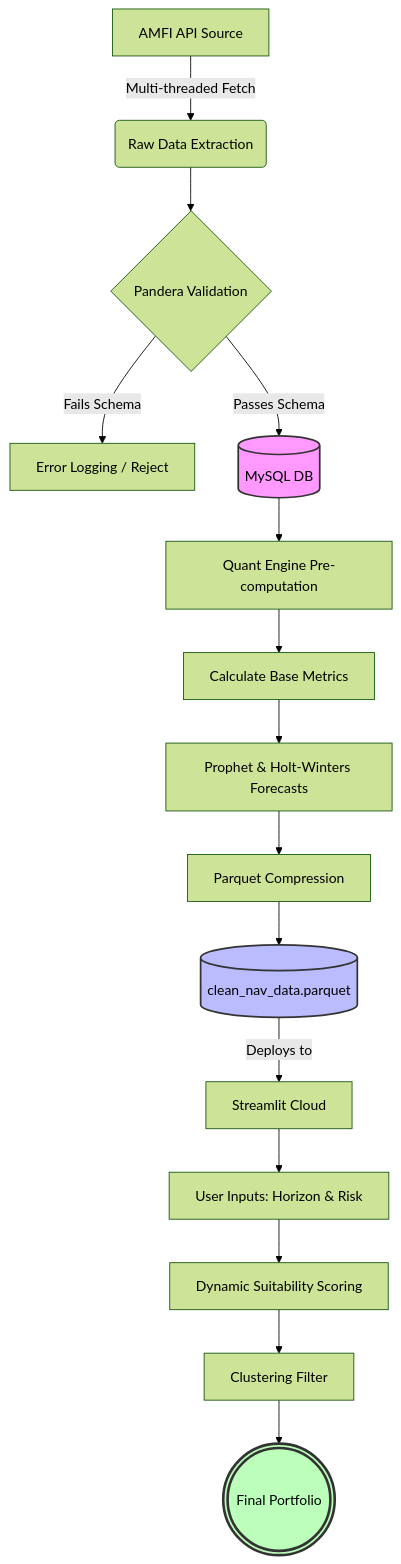
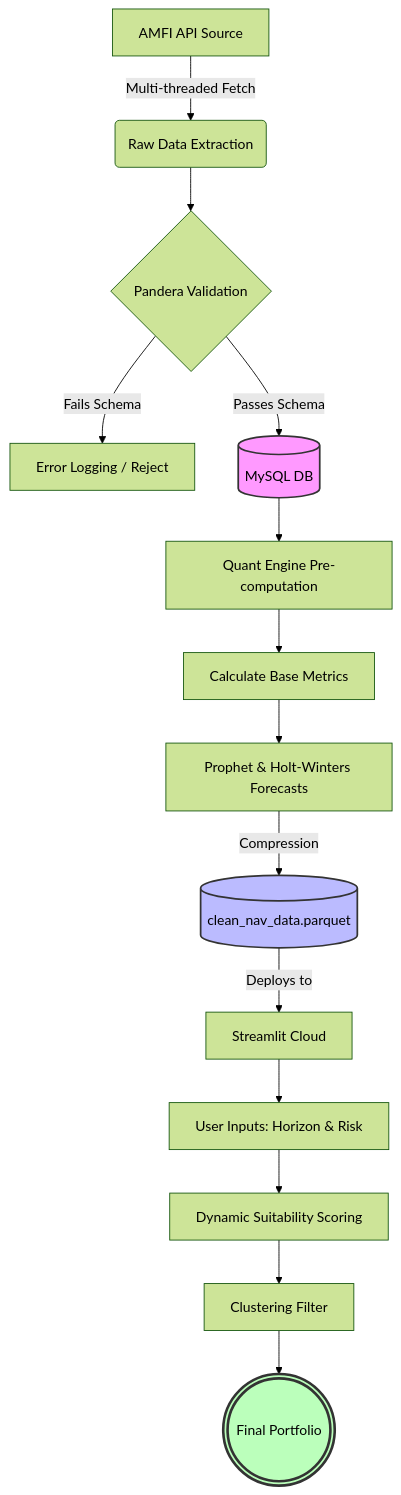
The second of 2 diagrams in README.md (AD1007/End-to-End-Mutual-Fund-Analysis---Recommendation-Engine), drawn with Mermaid (forest theme) before and after one commit.

Commit message:
Refactor flowchart for clarity and accuracy
Updated flowchart in README to clarify data flow and component relationships.

````diff
--- a/README.md
+++ b/README.md
@@ -53,24 +53,24 @@
 ```mermaid
 flowchart TD
     A[AMFI API Source] -->|Multi-threaded Fetch| B(Raw Data Extraction)
     B --> C{Pandera Validation}
+    
     C -->|Fails Schema| D[Error Logging / Reject]
     C -->|Passes Schema| E[(MySQL DB)]
     
     E --> F[Quant Engine Pre-computation]
     F --> G[Calculate Base Metrics]
     G --> H[Prophet & Holt-Winters Forecasts]
     
-    H --> I[Parquet Compression]
-    I --> J[(clean_nav_data.parquet)]
+    H -->|Compression| I[(clean_nav_data.parquet)]
     
-    J -->|Deploys to| K[Streamlit Cloud]
-    K --> L[User Inputs: Horizon & Risk]
-    L --> M[Dynamic Suitability Scoring]
-    M --> N[Clustering Filter]
-    N --> O(((Final Portfolio)))
+    I -->|Deploys to| J[Streamlit Cloud]
+    J --> K[User Inputs: Horizon & Risk]
+    K --> L[Dynamic Suitability Scoring]
+    L --> M[Clustering Filter]
+    M --> N(((Final Portfolio)))
 
-    style E fill:#f9f,stroke:#333,stroke-width:2px
-    style J fill:#bbf,stroke:#333,stroke-width:2px
-    style O fill:#bfb,stroke:#333,stroke-width:3px
+    style E fill:#f9f,stroke:#333,stroke-width:2px,color:#000
+    style I fill:#bbf,stroke:#333,stroke-width:2px,color:#000
+    style N fill:#bfb,stroke:#333,stroke-width:3px,color:#000
 ```    
````
